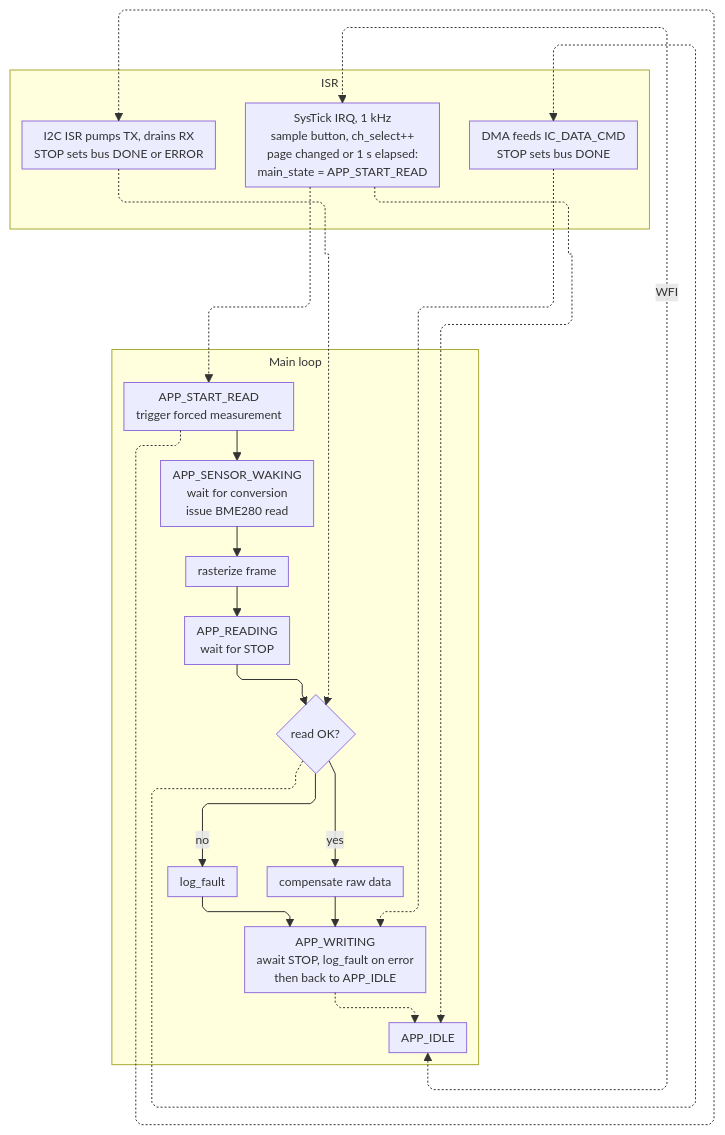
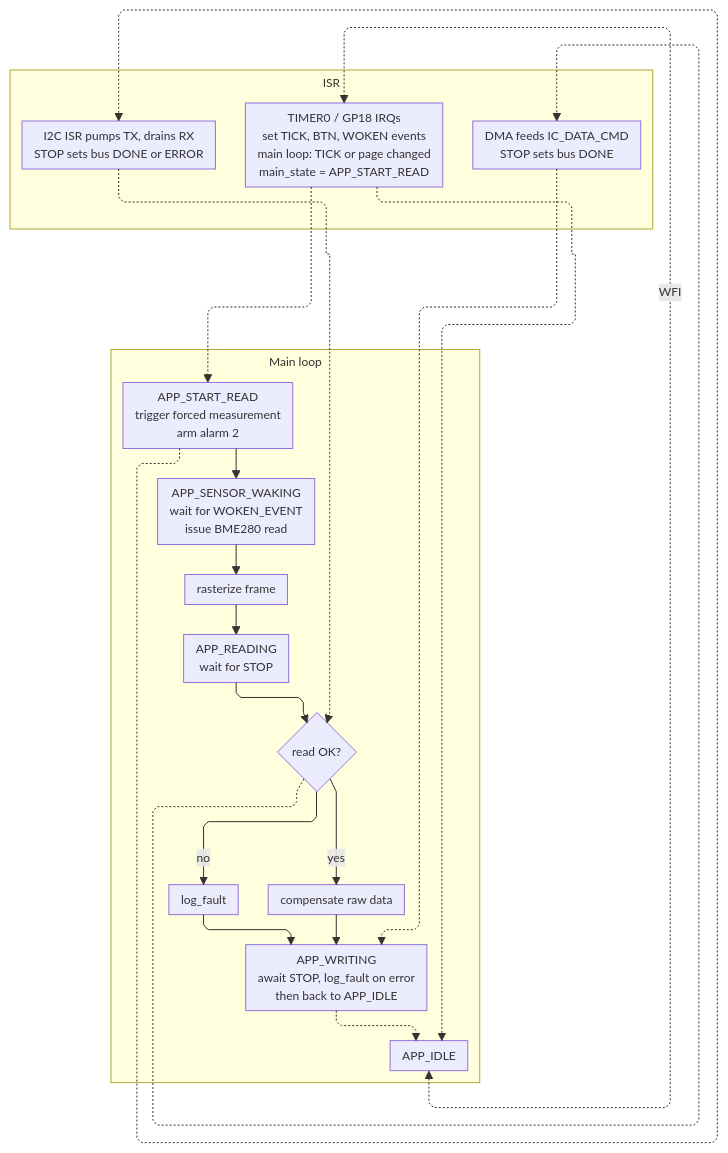
One commit to Vasilis-Narain/rp2350-baremetal-weather-station changed the diagram in README.md. Above: the diagram before and after it, drawn with Mermaid. The commit also changed other lines of this file, not shown here.

````diff
--- a/README.md
+++ b/README.md
@@ -70,30 +85,30 @@
 ```mermaid
 %%{init: {"themeVariables": {"fontSize": "12px"}, "flowchart": {"defaultRenderer":"elk", "nodeSpacing": 40, "rankSpacing": 22, "padding": 6, "diagramPadding": 10, "curve": "linear", "subGraphTitleMargin": {"top": 4, "bottom": 20}}}}%%
 flowchart TB
     subgraph MAIN["Main loop"]
         I["APP_IDLE"]
-        S["APP_START_READ<br/>trigger forced measurement"] --> WK["APP_SENSOR_WAKING<br/>wait for conversion<br/>issue BME280 read"]
+        S["APP_START_READ<br/>trigger forced measurement<br/>arm alarm 2"] --> WK["APP_SENSOR_WAKING<br/>wait for WOKEN_EVENT<br/>issue BME280 read"]
         WK --> R["rasterize frame"]
         R --> RD["APP_READING<br/>wait for STOP"]
         RD --> OK{"read OK?"}
         OK -- yes --> C["compensate raw data"]
         OK -- no --> LF["log_fault"]
         C --> W["APP_WRITING<br/>await STOP, log_fault on error<br/>then back to APP_IDLE"]
         LF --> W
     end
 
     subgraph ISR 
-        SYS["SysTick IRQ, 1 kHz<br/>sample button, ch_select++<br/>page changed or 1 s elapsed:<br/>main_state = APP_START_READ"]
+        SYS["TIMER0 / GP18 IRQs<br/>set TICK, BTN, WOKEN events<br/>main loop: TICK or page changed<br/>main_state = APP_START_READ"]
         ISR["I2C ISR pumps TX, drains RX<br/>STOP sets bus DONE or ERROR"]
         DF["DMA feeds IC_DATA_CMD<br/>STOP sets bus DONE"]
     end
 
     I <-.WFI.-> SYS
     SYS -.-> I
     SYS -.-> S
     S -.-> ISR
     DF -.-> W
     W -.->I
     ISR -.->OK
     OK -.-> DF
 ```
````
